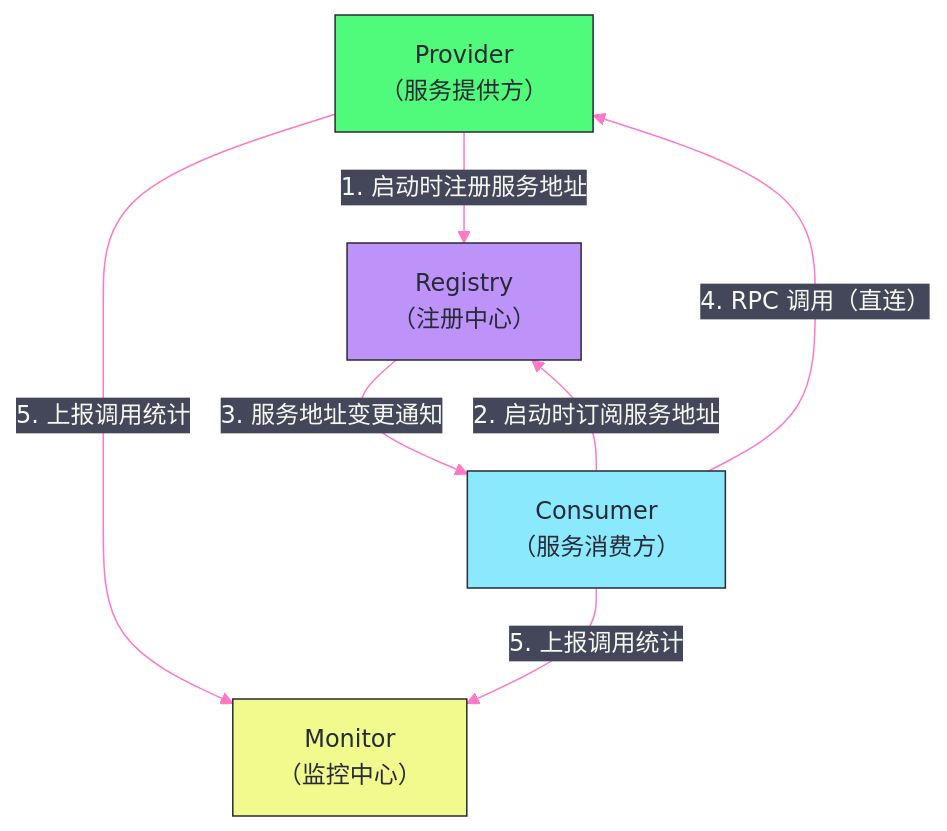
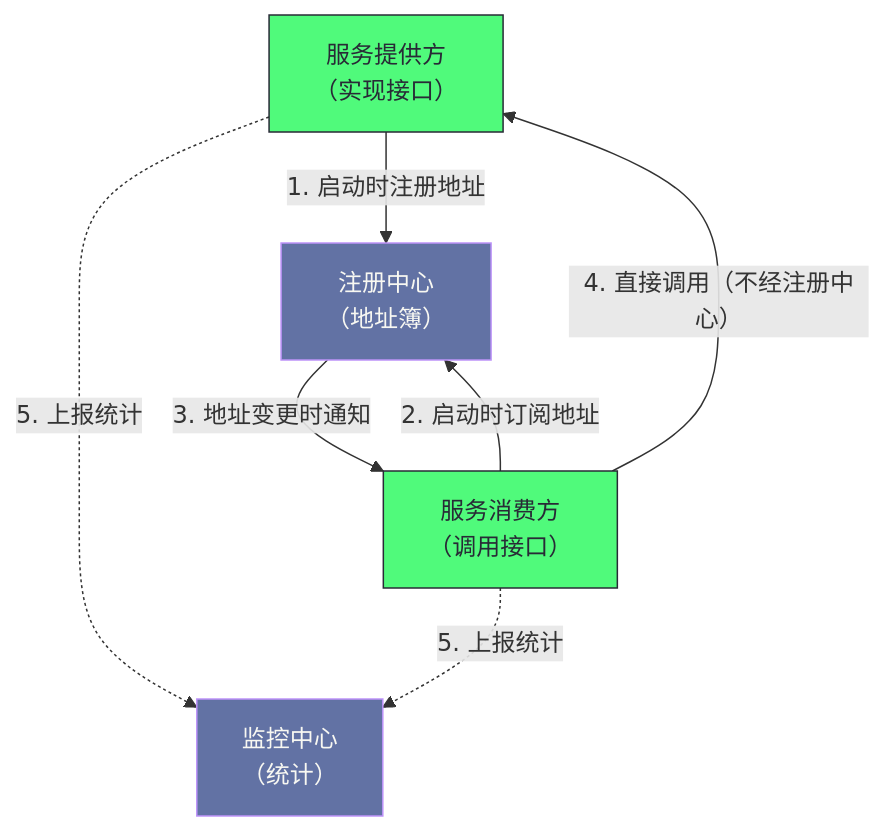
Before and after one commit to hpliStartAgain/my-brain: the first of 2 diagrams in content/中间件/Dubbo/01 Dubbo 全局架构——服务注册、发现与调用链路.md, drawn with Mermaid. The commit also changed other lines of this file and 56 other files, not shown here.

````diff
--- a/content/中间件/Dubbo/01 Dubbo 全局架构——服务注册、发现与调用链路.md
+++ b/content/中间件/Dubbo/01 Dubbo 全局架构——服务注册、发现与调用链路.md
@@ -50,24 +110,20 @@
 ```mermaid
-%%{init: {'theme': 'base', 'themeVariables': {'primaryColor': '#6272a4', 'primaryTextColor': '#f8f8f2', 'primaryBorderColor': '#bd93f9', 'lineColor': '#ff79c6', 'secondaryColor': '#44475a', 'tertiaryColor': '#282a36', 'background': '#282a36', 'mainBkg': '#44475a'}}}%%
+%%{init: {'theme': 'dracula'}}%%
 graph TD
-    Provider["Provider</br>（服务提供方）"]
-    Consumer["Consumer</br>（服务消费方）"]
-    Registry["Registry</br>（注册中心）"]
-    Monitor["Monitor</br>（监控中心）"]
+    P["服务提供方<br/>（实现接口）"]
+    C["服务消费方<br/>（调用接口）"]
+    R["注册中心<br/>（地址簿）"]
+    M["监控中心<br/>（统计）"]
 
-    Provider -->|"1. 启动时注册服务地址"| Registry
-    Consumer -->|"2. 启动时订阅服务地址"| Registry
-    Registry -->|"3. 服务地址变更通知"| Consumer
-    Consumer -->|"4. RPC 调用（直连）"| Provider
-    Provider -->|"5. 上报调用统计"| Monitor
-    Consumer -->|"5. 上报调用统计"| Monitor
+    P -- "1. 启动时注册地址" --> R
+    C -- "2. 启动时订阅地址" --> R
+    R -- "3. 地址变更时通知" --> C
+    C -- "4. 直接调用（不经注册中心）" --> P
+    P -. "5. 上报统计" .-> M
+    C -. "5. 上报统计" .-> M
 
-    classDef provider fill:#50fa7b,stroke:#282a36,color:#282a36
-    classDef consumer fill:#8be9fd,stroke:#282a36,color:#282a36
-    classDef registry fill:#bd93f9,stroke:#282a36,color:#282a36
-    classDef monitor fill:#f1fa8c,stroke:#282a36,color:#282a36
-    class Provider provider
-    class Consumer consumer
-    class Registry registry
-    class Monitor monitor
+    classDef core fill:#50fa7b,stroke:#282a36,color:#282a36
+    classDef opt fill:#6272a4,stroke:#bd93f9,color:#f8f8f2
+    class P,C core
+    class R,M opt
 ```
````
